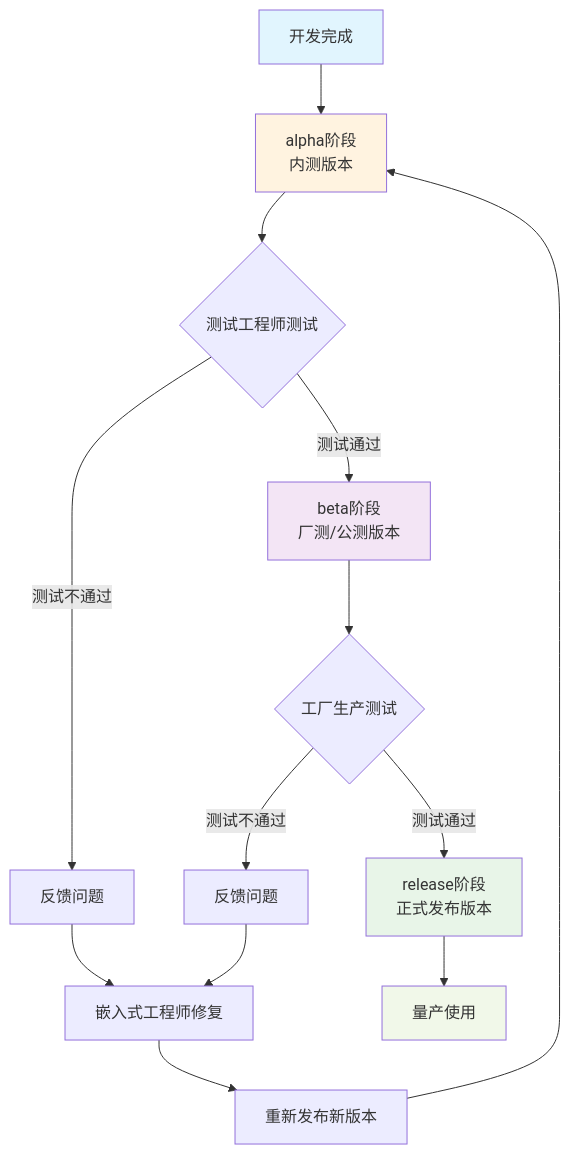
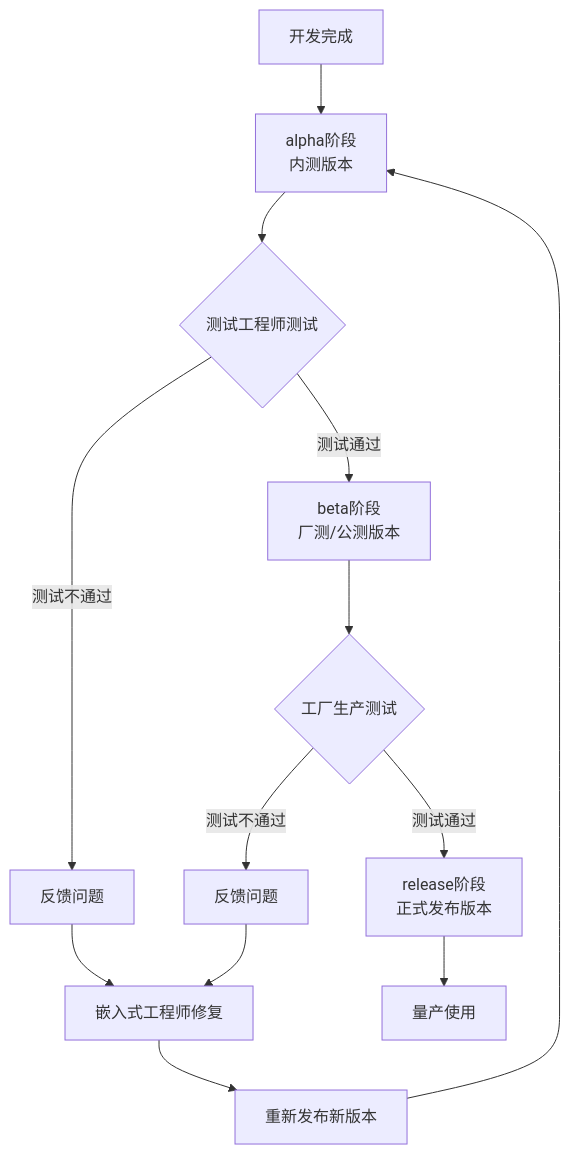
One commit to drinktoomuchsax/Tangible-Future-Embedded-Dev-Guidelines changed the diagram in README.md. Above: the diagram before and after it, drawn with Mermaid.

Commit message:
fix: 尝试修复mermaid语法错误，删除颜色样式

````diff
--- a/README.md
+++ b/README.md
@@ -92,23 +92,17 @@
 ```mermaid
 flowchart TD
     A[开发完成] --> B[alpha阶段<br/>内测版本]
     B --> C{测试工程师测试}
     C -->|测试通过| D[beta阶段<br/>厂测/公测版本]
     C -->|测试不通过| E[反馈问题]
     E --> F[嵌入式工程师修复]
     F --> G[重新发布新版本]
     G --> B
     
     D --> H{工厂生产测试}
     H -->|测试通过| I[release阶段<br/>正式发布版本]
     H -->|测试不通过| J[反馈问题]
     J --> F
     
     I --> K[量产使用]
-    
-    style A fill:#e1f5fe
-    style B fill:#fff3e0
-    style D fill:#f3e5f5
-    style I fill:#e8f5e8
-    style K fill:#f1f8e9
 ```
````
